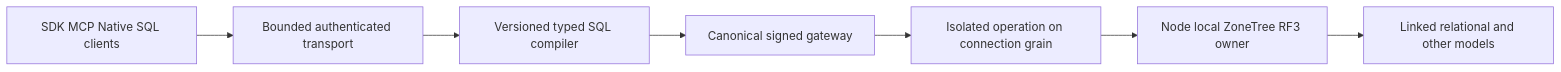
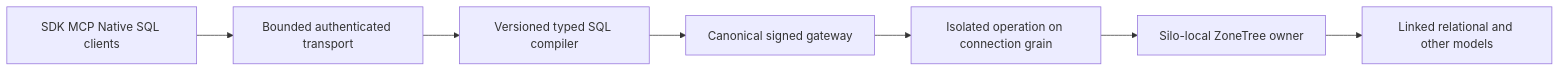
The second of 2 diagrams in docs/ADR/ADR-065-full-sql-client-compatibility.md (managedcode/KeyLoad), drawn with Mermaid before and after one commit. The commit also changed other lines of this file and 7356 other files, not shown here.

````diff
--- a/docs/ADR/ADR-065-full-sql-client-compatibility.md
+++ b/docs/ADR/ADR-065-full-sql-client-compatibility.md
@@ -78,9 +70,9 @@
 ```mermaid
 flowchart LR
     Clients[SDK MCP Native SQL clients] --> Transport[Bounded authenticated transport]
     Transport --> Compile[Versioned typed SQL compiler]
     Compile --> Gateway[Canonical signed gateway]
     Gateway --> Request[Isolated operation on connection grain]
-    Request --> Host[Node local ZoneTree RF3 owner]
+    Request --> Host[Silo-local ZoneTree owner]
     Host --> Models[Linked relational and other models]
 ```
````
